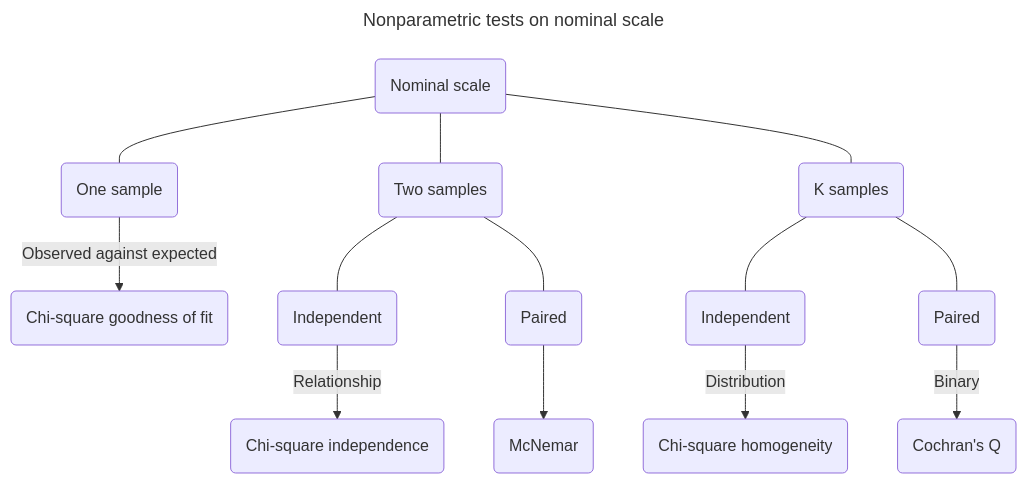
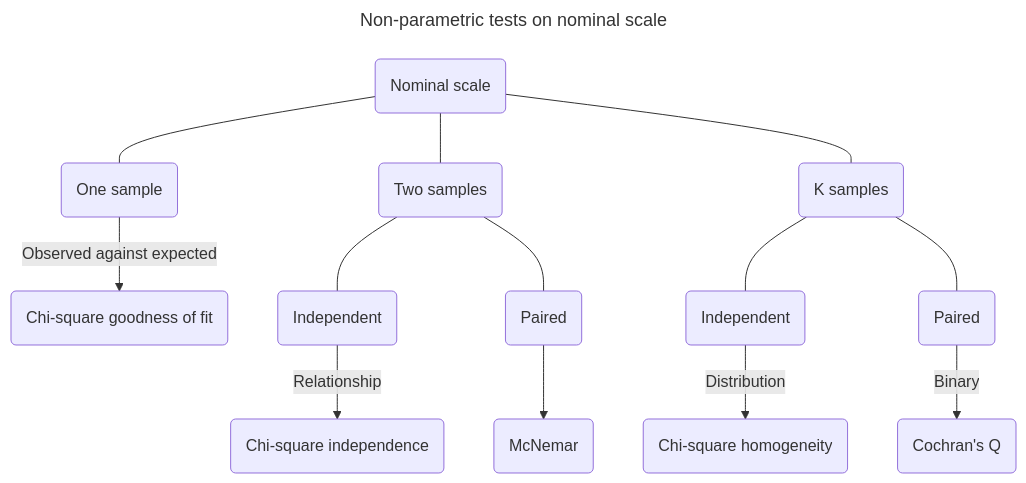
The second of 3 diagrams in 24_05_maths_statistics_analytics.md (x-square/data_analytics), drawn with Mermaid before and after one commit. The commit also changed other lines of this file, not shown here.

Commit message:
2024 Notes on Maths and Practices for Analytics
This document covers key concepts in maths, statistics and practical practices used in analytics, with applications in Python. It is compiled from various resources for academic use.

````diff
--- a/24_05_maths_statistics_analytics.md
+++ b/24_05_maths_statistics_analytics.md
@@ -2115,11 +2115,11 @@
 ```mermaid
 ---
-title: Nonparametric tests on nominal scale
+title: Non-parametric tests on nominal scale
 ---
 graph TD
     A1(Nominal scale) --- B1(One sample) -- Observed against expected --> C1(Chi-square goodness of fit)
     A1 --- B2(Two samples) --- C2(Independent) -- Relationship --> D1(Chi-square independence)
     B2 --- C3(Paired)--> D2(McNemar) 
     A1 --- B3(K samples) --- C4(Independent) --  Distribution --> D3(Chi-square homogeneity)
     B3 --- C5(Paired) -- Binary --> D4(Cochran's Q)
 ```
````
